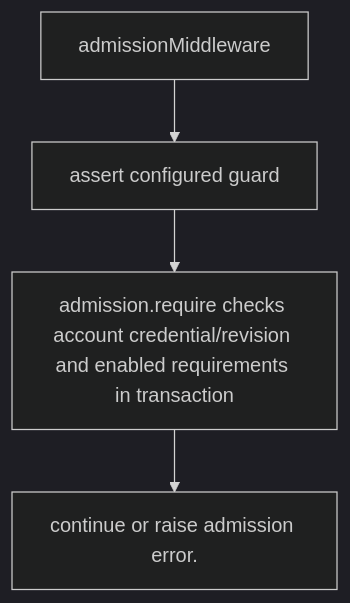
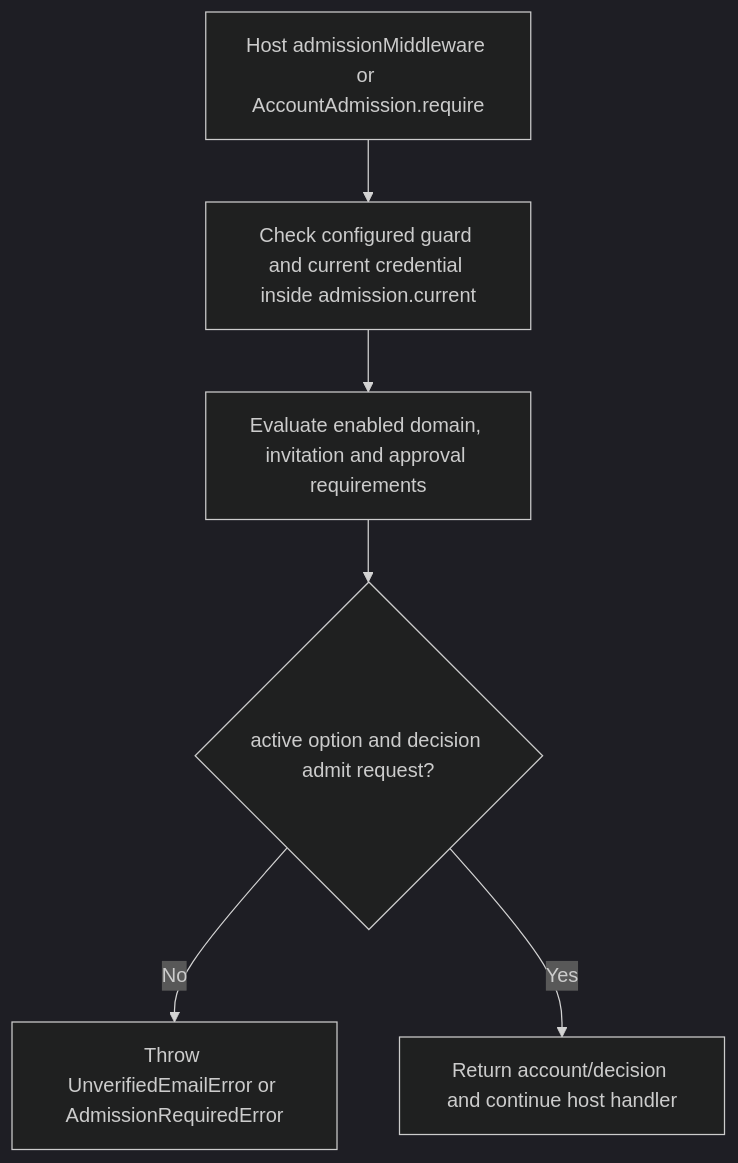
Before and after one commit to Kevinjohn/oss-adonisjs-account-kit: the second of 2 diagrams in user-stories/US-ACCOUNT-25-gate-application-route.md, drawn with Mermaid (dark theme). The commit also changed other lines of this file and 29 other files, not shown here.

````diff
--- a/user-stories/US-ACCOUNT-25-gate-application-route.md
+++ b/user-stories/US-ACCOUNT-25-gate-application-route.md
@@ -35,10 +31,8 @@
 ```mermaid
 flowchart TD
-    C0["admissionMiddleware"]
-    C1["assert configured guard"]
-    C0 --> C1
-    C2["admission.require checks account credential/revision and enabled requirements in transaction"]
-    C1 --> C2
-    C3["continue or raise admission error."]
-    C2 --> C3
+ A["Host admissionMiddleware or AccountAdmission.require"] --> B["Check configured guard and current credential inside admission.current"]
+ B --> C["Evaluate enabled domain, invitation and approval requirements"]
+ C --> D{"active option and decision admit request?"}
+ D -->|No| E["Throw UnverifiedEmailError or AdmissionRequiredError"]
+ D -->|Yes| F["Return account/decision and continue host handler"]
 ```
````
